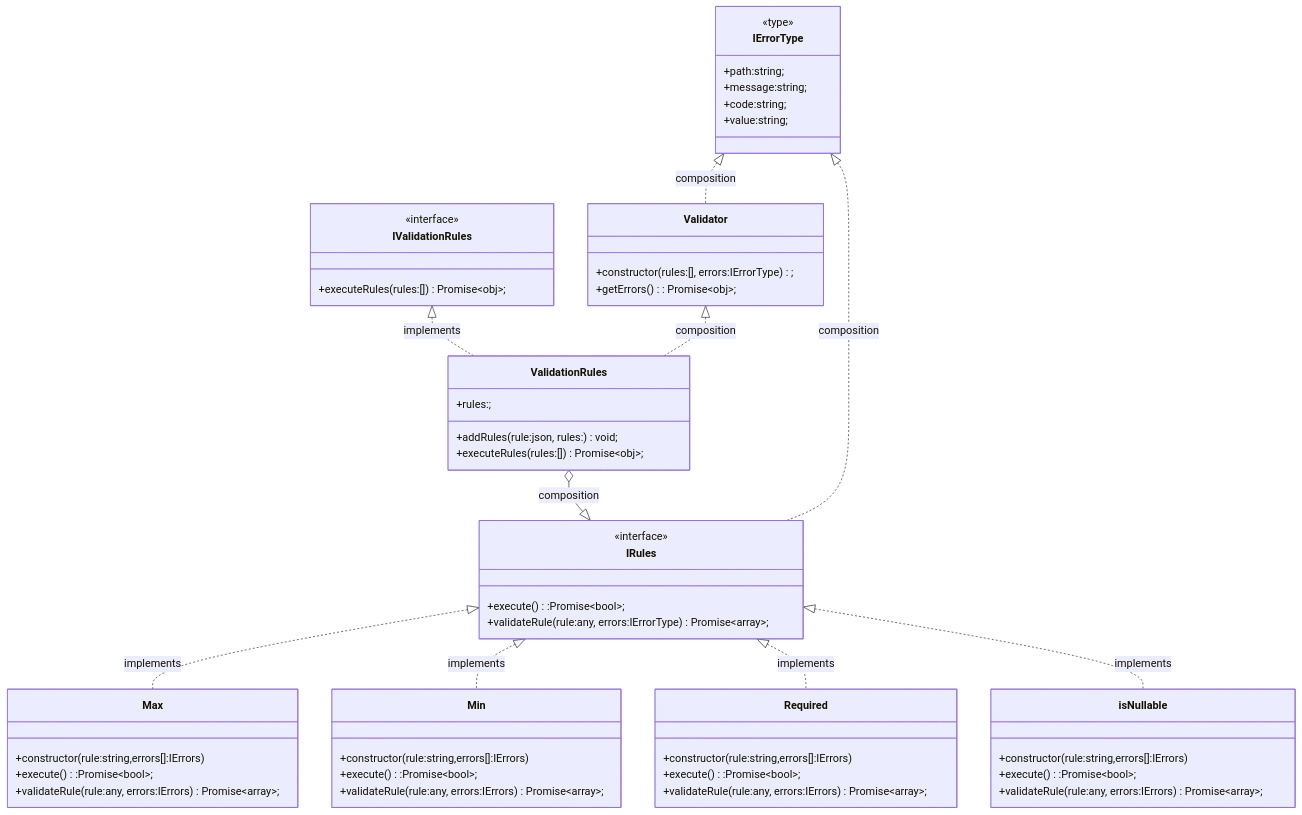
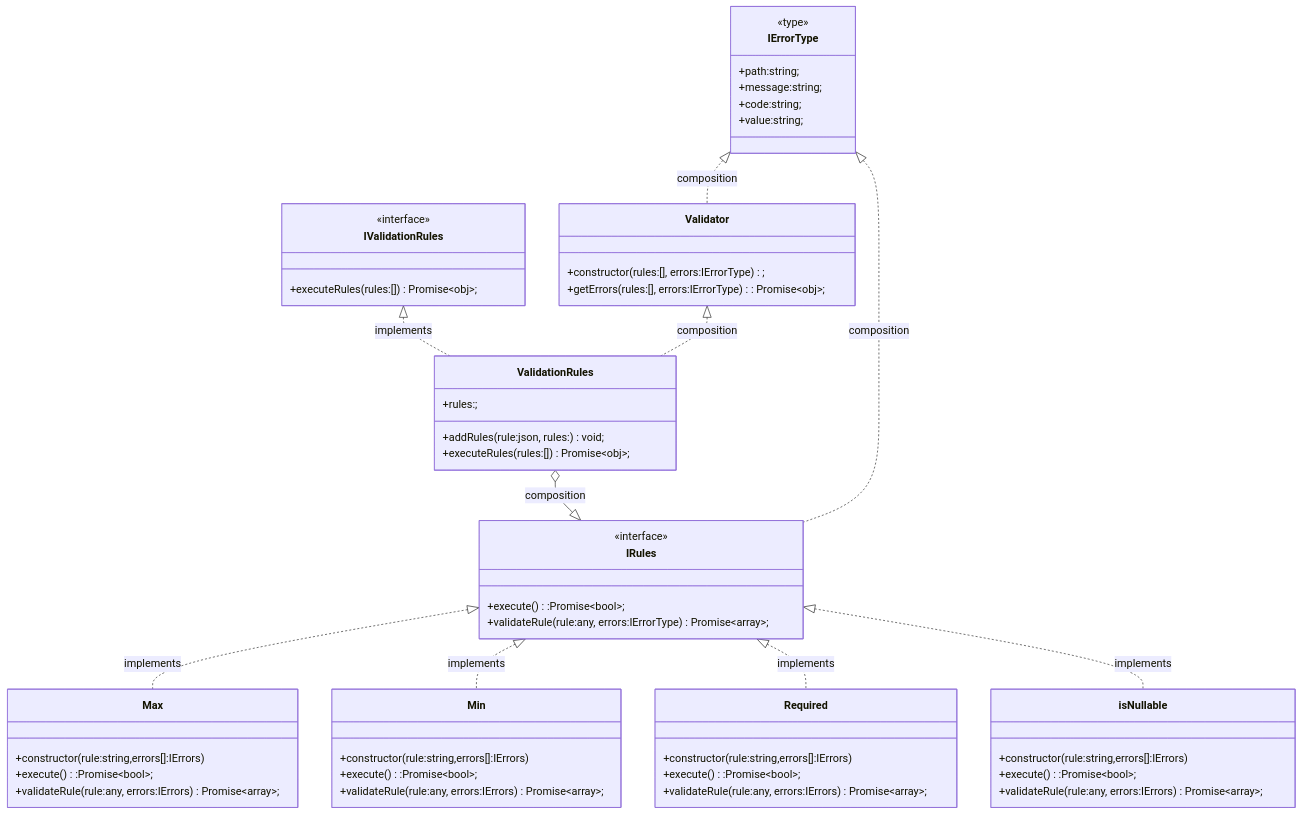
The diagram in ruleDesign.md (TajalTechnology/validators), drawn with Mermaid before and after one commit.

Commit message:
ADD: class diagram in rule design

````diff
--- a/ruleDesign.md
+++ b/ruleDesign.md
@@ -1,67 +1,69 @@
 ```mermaid
 classDiagram
 
     class IValidationRules{
         <<interface>>
         +executeRules(rules:[]) Promise~obj~;
     }
 
     IValidationRules <|.. ValidationRules : implements
     Validator <|.. ValidationRules : composition
     ValidationRules o--|> IRules : composition
     class ValidationRules{
         +rules:<rules IRules>;
         +addRules(rule:json, rules:<rules IRules>) void;
          %% executeRules call validator
         +executeRules(rules:[]) Promise~obj~;
     }
 
     IErrorType <|.. Validator : composition
     class Validator{
         +constructor(rules:[], errors:IErrorType);
-        +getErrors(): Promise~obj~;
+        +getErrors(rules:[], errors:IErrorType): Promise~obj~;
     }
 
     class IErrorType{
         <<type>>
         +path:string;
         +message:string;
         +code:string;
         +value:string;
     }
 
     IErrorType <|.. IRules : composition
     class IRules{
         <<interface>>
         +execute():Promise~bool~;
         +validateRule(rule:any, errors:IErrorType) Promise~array~;
     }
 
     IRules <|.. Max : implements
     class Max{
         +constructor(rule:string,errors[]:IErrors)
         +execute():Promise~bool~;
         +validateRule(rule:any, errors:IErrors) Promise~array~;
     }
 
     IRules <|.. Min : implements
     class Min{
         +constructor(rule:string,errors[]:IErrors)
         +execute():Promise~bool~;
         +validateRule(rule:any, errors:IErrors) Promise~array~;
     }
 
     IRules <|.. Required : implements
     class Required{
         +constructor(rule:string,errors[]:IErrors)
         +execute():Promise~bool~;
         +validateRule(rule:any, errors:IErrors) Promise~array~;
     }
 
     IRules <|.. isNullable : implements
     class isNullable{
         +constructor(rule:string,errors[]:IErrors)
         +execute():Promise~bool~;
         +validateRule(rule:any, errors:IErrors) Promise~array~;
     }
+
+
 ```
````
